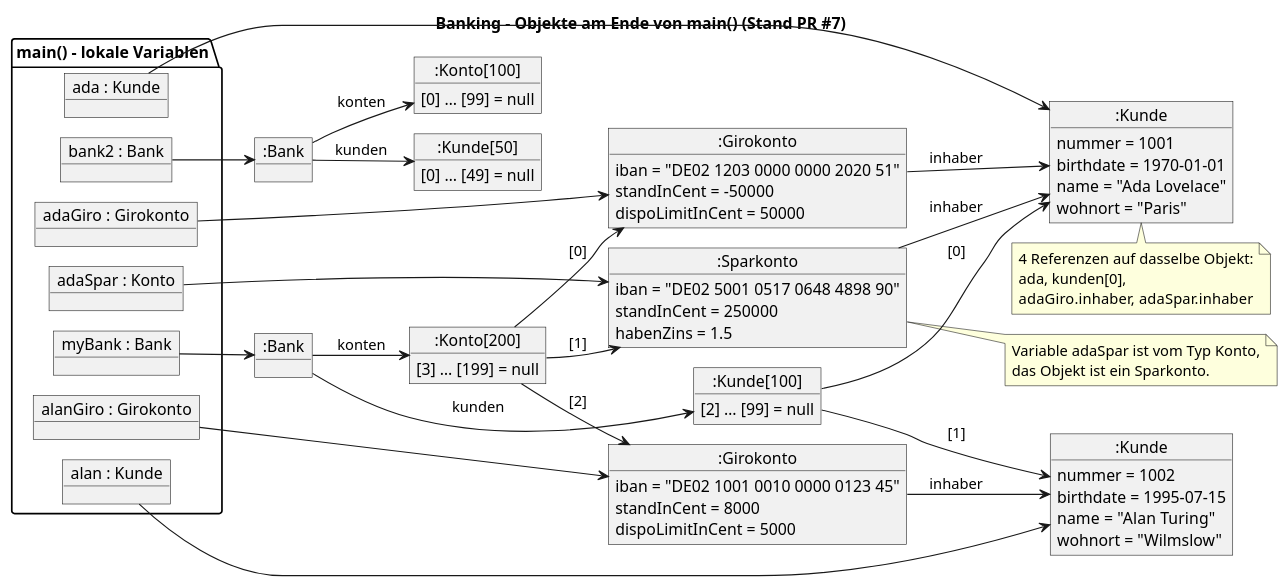
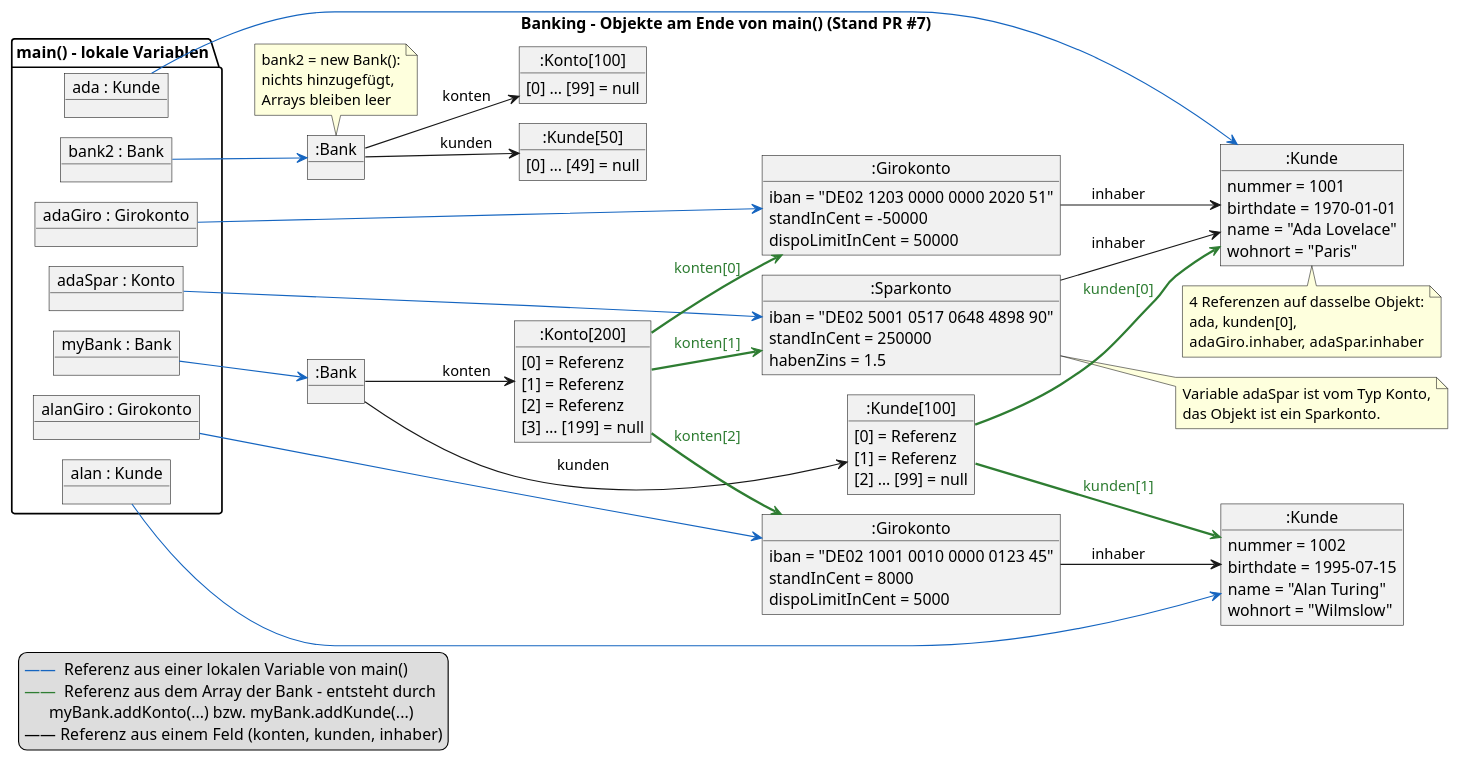
One commit to atvantage-academy/training-2026-08-24-java-oop changed the diagram in docs/banking_5_objekte.plantuml. Above: the diagram before and after it, drawn with PlantUML. The commit also changed 1 other file, not shown here.

Commit message:
Hebe Referenzen aus den Arrays der Bank im Objektdiagramm hervor
Die belegten Plätze der Arrays stehen jetzt ausdrücklich im Objekt, die
Referenzen daraus sind grün und als konten[i]/kunden[i] beschriftet.
Eine Legende unterscheidet Referenzen aus main(), aus den Arrays der
Bank und aus Feldern; bank2 ist als bewusst leer markiert.

```diff
--- a/docs/banking_5_objekte.plantuml
+++ b/docs/banking_5_objekte.plantuml
@@ -1,96 +1,114 @@
 @startuml
 title Banking – Objekte am Ende von main() (Stand PR #7)
 
 !pragma layout smetana
 left to right direction
 
 package "main() – lokale Variablen" {
     object "myBank : Bank" as v_myBank
     object "bank2 : Bank" as v_bank2
     object "ada : Kunde" as v_ada
     object "alan : Kunde" as v_alan
     object "adaGiro : Girokonto" as v_adaGiro
     object "adaSpar : Konto" as v_adaSpar
     object "alanGiro : Girokonto" as v_alanGiro
 }
 
 object ":Bank" as b1
 object ":Konto[200]" as b1konten {
+    [0] = Referenz
+    [1] = Referenz
+    [2] = Referenz
     [3] … [199] = null
 }
 object ":Kunde[100]" as b1kunden {
+    [0] = Referenz
+    [1] = Referenz
     [2] … [99] = null
 }
 
 object ":Bank" as b2
 object ":Konto[100]" as b2konten {
     [0] … [99] = null
 }
 object ":Kunde[50]" as b2kunden {
     [0] … [49] = null
 }
 
 object ":Kunde" as k1 {
     nummer = 1001
     birthdate = 1970-01-01
     name = "Ada Lovelace"
     wohnort = "Paris"
 }
 object ":Kunde" as k2 {
     nummer = 1002
     birthdate = 1995-07-15
     name = "Alan Turing"
     wohnort = "Wilmslow"
 }
 
 object ":Girokonto" as g1 {
     iban = "DE02 1203 0000 0000 2020 51"
     standInCent = -50000
     dispoLimitInCent = 50000
 }
 object ":Sparkonto" as s1 {
     iban = "DE02 5001 0517 0648 4898 90"
     standInCent = 250000
     habenZins = 1.5
 }
 object ":Girokonto" as g2 {
     iban = "DE02 1001 0010 0000 0123 45"
     standInCent = 8000
     dispoLimitInCent = 5000
 }
 
-v_myBank --> b1
-v_bank2 --> b2
-v_ada -----> k1
-v_alan -----> k2
-v_adaGiro ----> g1
-v_adaSpar ----> s1
-v_alanGiro ----> g2
+v_myBank -[#1565C0]-> b1
+v_bank2 -[#1565C0]-> b2
+v_ada -[#1565C0]----> k1
+v_alan -[#1565C0]----> k2
+v_adaGiro -[#1565C0]---> g1
+v_adaSpar -[#1565C0]---> s1
+v_alanGiro -[#1565C0]---> g2
 
 b1 --> b1konten : konten
 b1 --> b1kunden : kunden
 b2 --> b2konten : konten
 b2 --> b2kunden : kunden
 
-b1konten --> g1 : [0]
-b1konten --> s1 : [1]
-b1konten --> g2 : [2]
-b1kunden --> k1 : [0]
-b1kunden --> k2 : [1]
+b1konten -[#2E7D32,bold]-> g1 : <color:#2E7D32>konten[0]</color>
+b1konten -[#2E7D32,bold]-> s1 : <color:#2E7D32>konten[1]</color>
+b1konten -[#2E7D32,bold]-> g2 : <color:#2E7D32>konten[2]</color>
+b1kunden -[#2E7D32,bold]-> k1 : <color:#2E7D32>kunden[0]</color>
+b1kunden -[#2E7D32,bold]-> k2 : <color:#2E7D32>kunden[1]</color>
 
 g1 --> k1 : inhaber
 s1 --> k1 : inhaber
 g2 --> k2 : inhaber
 
 note bottom of k1
     4 Referenzen auf dasselbe Objekt:
     ada, kunden[0],
     adaGiro.inhaber, adaSpar.inhaber
 end note
 
+note top of b2
+    bank2 = new Bank():
+    nichts hinzugefügt,
+    Arrays bleiben leer
+end note
+
 note right of s1
     Variable adaSpar ist vom Typ Konto,
     das Objekt ist ein Sparkonto.
 end note
 
+legend bottom left
+    <color:#1565C0>——</color>  Referenz aus einer lokalen Variable von main()
+    <color:#2E7D32>——</color>  Referenz aus dem Array der Bank – entsteht durch
+          myBank.addKonto(...) bzw. myBank.addKunde(...)
+    ——  Referenz aus einem Feld (konten, kunden, inhaber)
+endlegend
+
 @enduml
```
